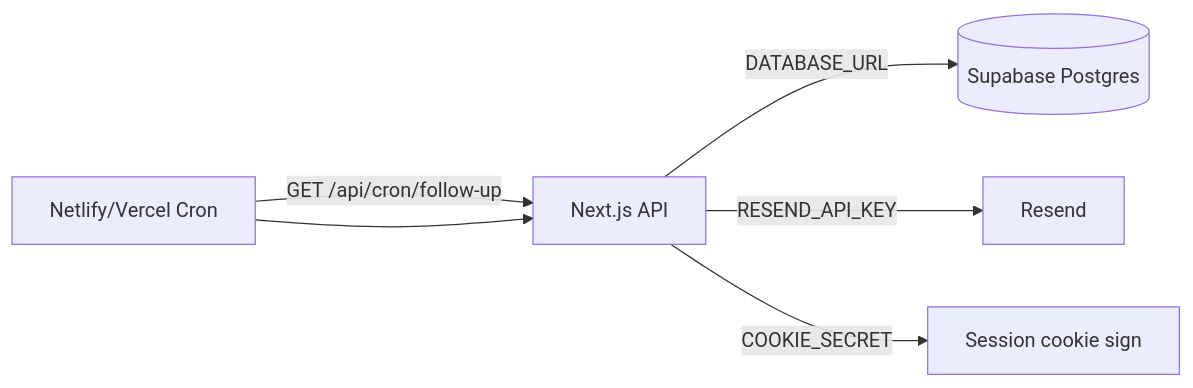
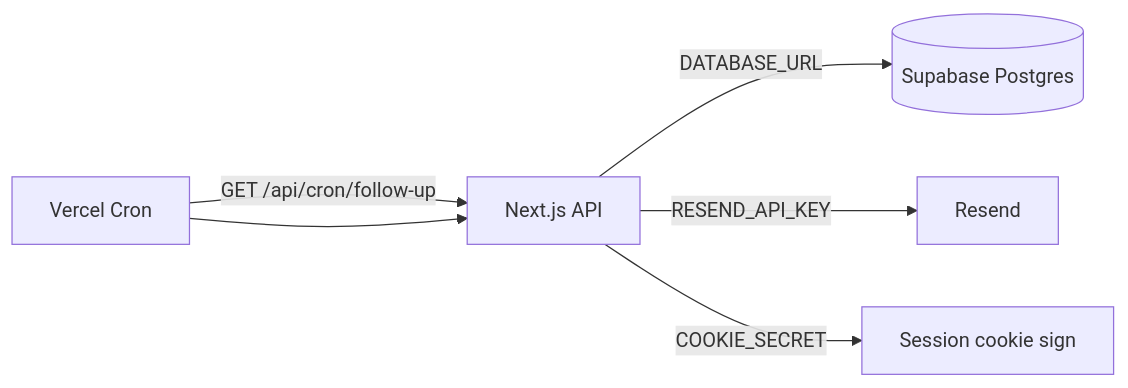
The tenth of 10 diagrams in docs/ARCHITECTURE-FLOWCHART.md (shimonlazimi24/PAZATSTA), drawn with Mermaid before and after one commit. The commit also changed other lines of this file and 18 other files, not shown here.

````diff
--- a/docs/ARCHITECTURE-FLOWCHART.md
+++ b/docs/ARCHITECTURE-FLOWCHART.md
@@ -241,9 +241,9 @@
 ```mermaid
 flowchart LR
   App[Next.js API]
   App -->|DATABASE_URL| Supabase[(Supabase Postgres)]
   App -->|RESEND_API_KEY| Resend[Resend]
   App -->|COOKIE_SECRET| Cookie[Session cookie sign]
-  Cron[Netlify/Vercel Cron] -->|GET /api/cron/follow-up| App
+  Cron[Vercel Cron] -->|GET /api/cron/follow-up| App
   Cron --> App
 ```
````
